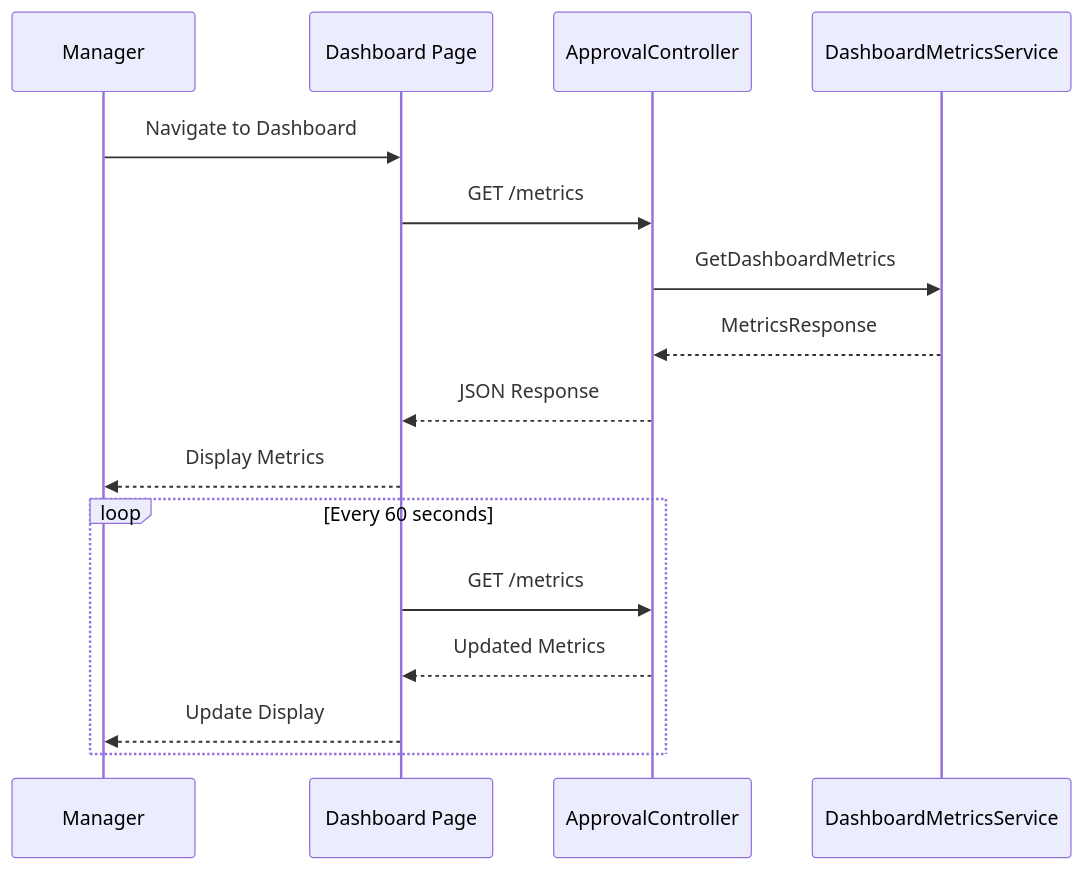
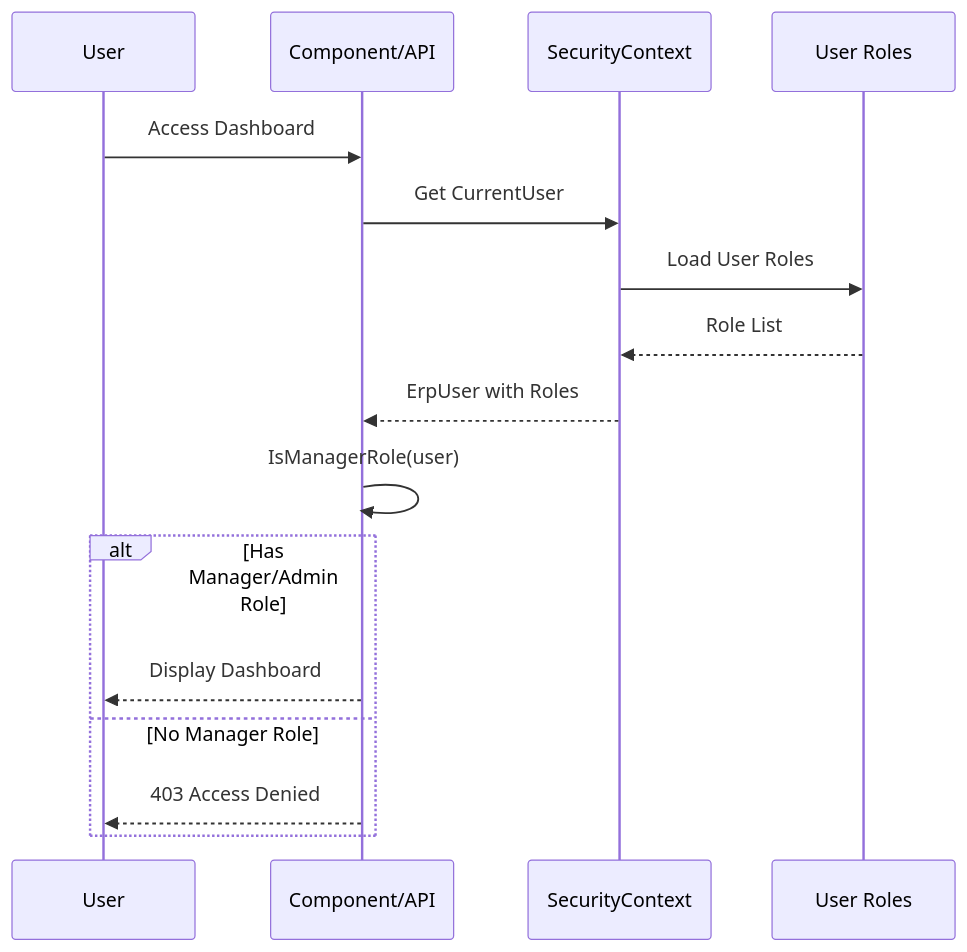
The second of 2 diagrams in blitzy/documentation/Technical Specifications.md (blitzy-public-samples/blitzy-WebVella-ERP), drawn with Mermaid before and after one commit. The commit also changed other lines of this file, not shown here.

````diff
--- a/blitzy/documentation/Technical Specifications.md
+++ b/blitzy/documentation/Technical Specifications.md
@@ -482,20 +452,19 @@
 ```mermaid
 sequenceDiagram
-    participant M as Manager
-    participant D as Dashboard Page
-    participant API as ApprovalController
-    participant S as DashboardMetricsService
+    participant U as User
+    participant C as Component/API
+    participant SC as SecurityContext
+    participant DB as User Roles
     
-    M->>D: Navigate to Dashboard
-    D->>API: GET /metrics
-    API->>S: GetDashboardMetrics
-    S-->>API: MetricsResponse
-    API-->>D: JSON Response
-    D-->>M: Display Metrics
-    
-    loop Every 60 seconds
-        D->>API: GET /metrics
-        API-->>D: Updated Metrics
-        D-->>M: Update Display
+    U->>C: Access Dashboard
+    C->>SC: Get CurrentUser
+    SC->>DB: Load User Roles
+    DB-->>SC: Role List
+    SC-->>C: ErpUser with Roles
+    C->>C: IsManagerRole(user)
+    alt Has Manager/Admin Role
+        C-->>U: Display Dashboard
+    else No Manager Role
+        C-->>U: 403 Access Denied
     end
 ```
````
